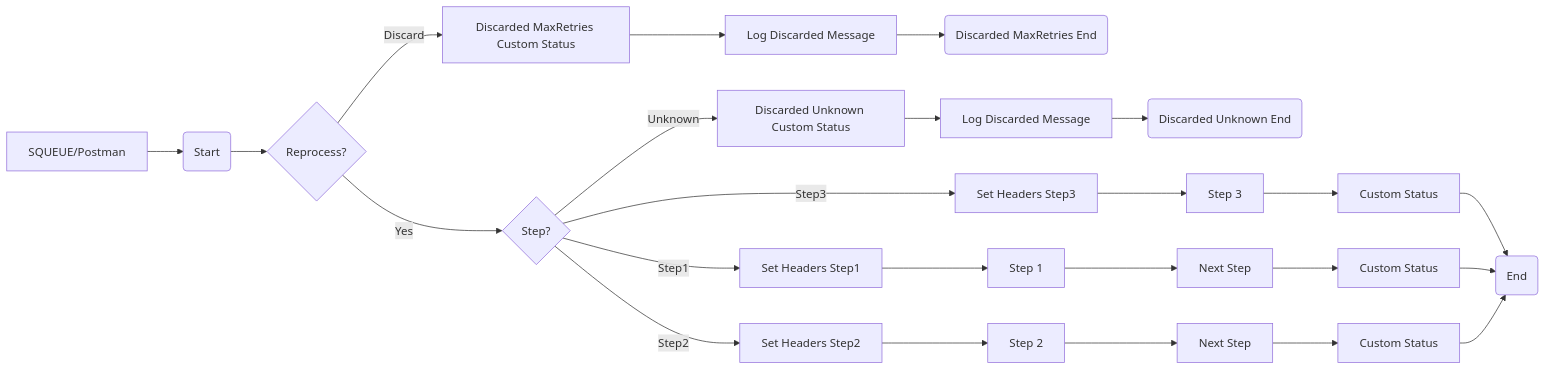
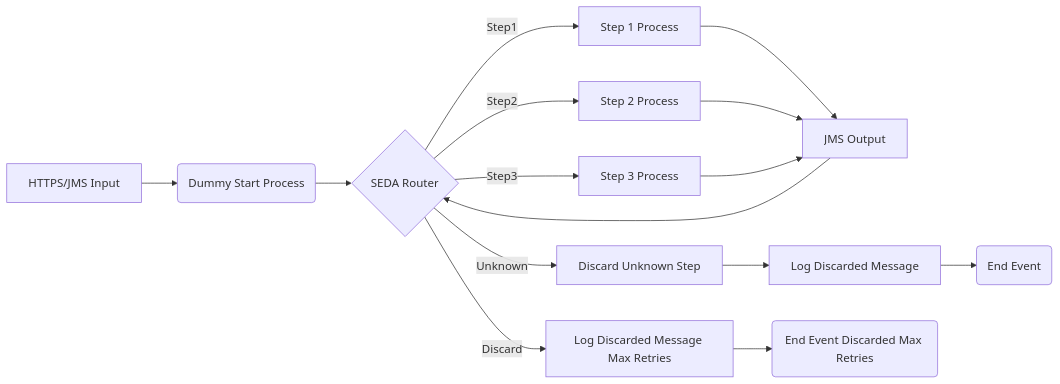
Before and after one commit to Avvale-IA-CICD/AvvaleCPI: the diagram in MMZ - Templates/SEDA_Model_-_Single_Queue_-_Restart_and_Discard-1.0.0/readme.md, drawn with Mermaid. The commit also changed other lines of this file, not shown here.

Commit message:
Add/update documentation for SEDA_Model_-_Single_Queue_-_Restart_and_Discard v1.0.0

````diff
--- a/MMZ - Templates/SEDA_Model_-_Single_Queue_-_Restart_and_Discard-1.0.0/readme.md
+++ b/MMZ - Templates/SEDA_Model_-_Single_Queue_-_Restart_and_Discard-1.0.0/readme.md
@@ -4,26 +4,17 @@
 ```mermaid
 graph LR
-    A[SQUEUE/Postman] --> B(Start)
-    B --> C{Reprocess?}
-    C -- Yes --> D{Step?}
-    C -- Discard --> E[Discarded MaxRetries Custom Status]
-    E --> F[Log Discarded Message]
-    F --> G(Discarded MaxRetries End)
-    D -- Step1 --> H[Set Headers Step1]
-    D -- Step2 --> I[Set Headers Step2]
-    D -- Step3 --> J[Set Headers Step3]
-    D -- Unknown --> K[Discarded Unknown Custom Status]
-    K --> L[Log Discarded Message]
-    L --> M(Discarded Unknown End)
-    H --> N[Step 1]
-    I --> O[Step 2]
-    J --> P[Step 3]
-    N --> Q[Next Step]
-    O --> R[Next Step]
-    P --> S[Custom Status]
-    Q --> T[Custom Status]
-    R --> U[Custom Status]
-    S --> V(End)
-    T --> V
-    U --> V
+    A[HTTPS/JMS Input] --> B(Dummy Start Process)
+    B --> C{SEDA Router}
+    C -- Step1 --> D[Step 1 Process]
+    C -- Step2 --> E[Step 2 Process]
+    C -- Step3 --> F[Step 3 Process]
+    C -- Unknown --> G[Discard Unknown Step]
+    D --> H[JMS Output]
+    E --> H
+    F --> H
+    G --> I[Log Discarded Message]
+    I --> J(End Event)
+    H --> C
+    C -- Discard --> K[Log Discarded Message Max Retries]
+    K --> L(End Event Discarded Max Retries)
 ```
````
